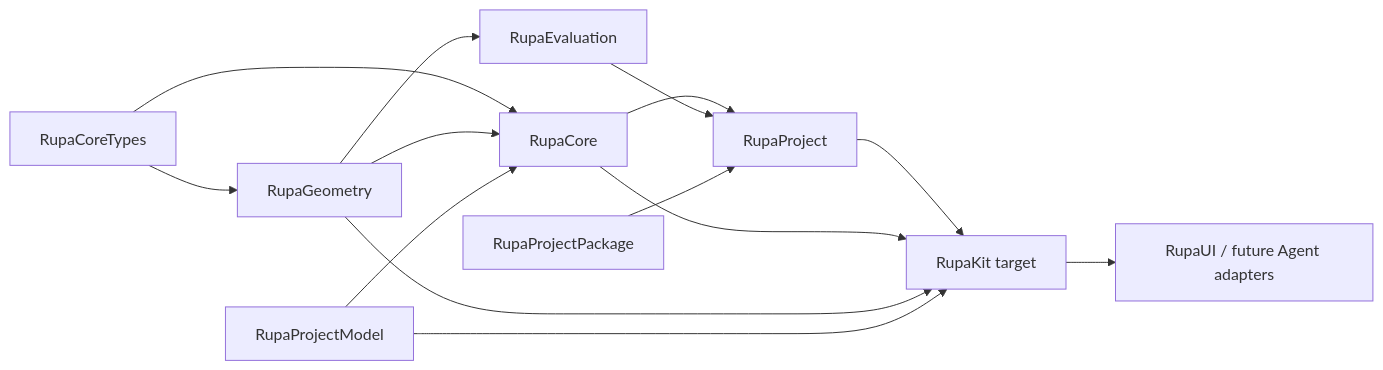
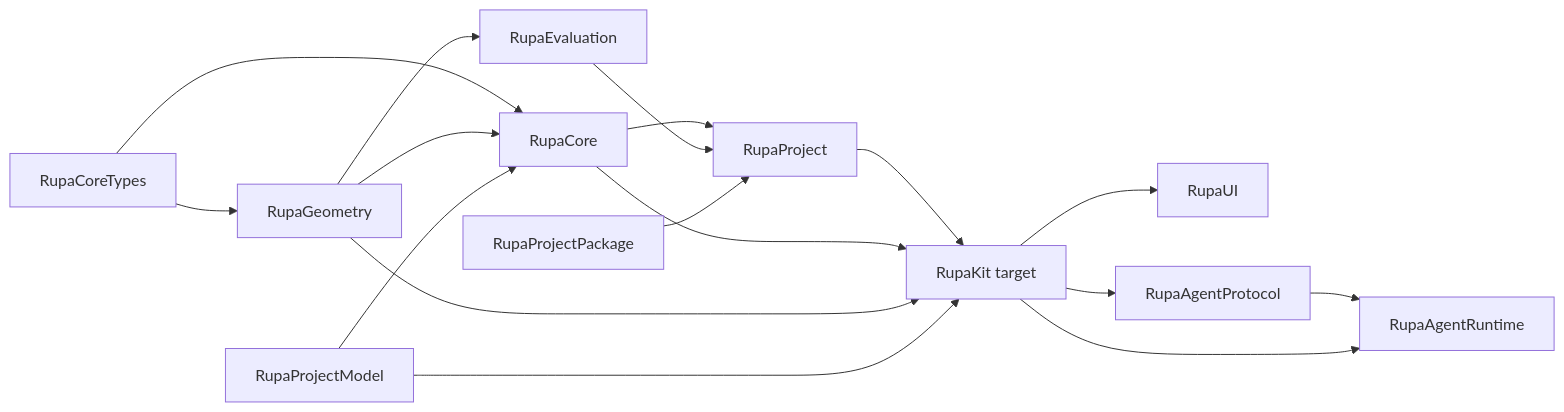
One commit to 1amageek/Rupa changed the first of 2 diagrams in RupaKit/DESIGN.md. Above: the diagram before and after it, drawn with Mermaid. The commit also changed other lines of this file and 7 other files, not shown here.

````diff
--- a/RupaKit/DESIGN.md
+++ b/RupaKit/DESIGN.md
@@ -42,16 +43,19 @@
 ```mermaid
 flowchart LR
     CoreTypes[RupaCoreTypes] --> Geometry[RupaGeometry]
     CoreTypes --> Core[RupaCore]
     Geometry --> Core
     ProjectModel[RupaProjectModel] --> Core
     Core --> Project[RupaProject]
     Evaluation[RupaEvaluation] --> Project
     Package[RupaProjectPackage] --> Project
     Geometry --> Evaluation
     Project --> Kit[RupaKit target]
     Core --> Kit
     Geometry --> Kit
     ProjectModel --> Kit
-    Kit --> UI["RupaUI / future Agent adapters"]
+    Kit --> UI["RupaUI"]
+    Kit --> AgentProtocol[RupaAgentProtocol]
+    AgentProtocol --> AgentRuntime[RupaAgentRuntime]
+    Kit --> AgentRuntime
 ```
````
